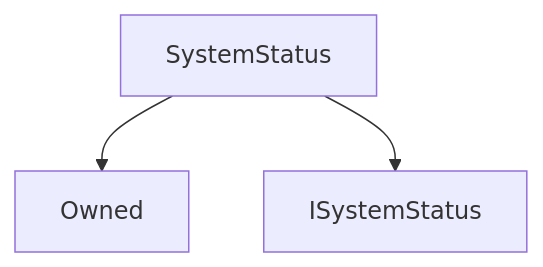
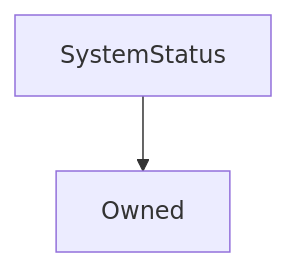
Before and after one commit to Synthetixio/synthetix-docs: the diagram in content/contracts/SystemStatus.md, drawn with Mermaid. The commit also changed 46 other files, not shown here.

````diff
--- a/content/contracts/SystemStatus.md
+++ b/content/contracts/SystemStatus.md
@@ -9,5 +9,4 @@
 ```mermaid
 graph TD
     SystemStatus[SystemStatus] --> Owned[Owned]
-    SystemStatus[SystemStatus] --> ISystemStatus[ISystemStatus]
 ```
````
